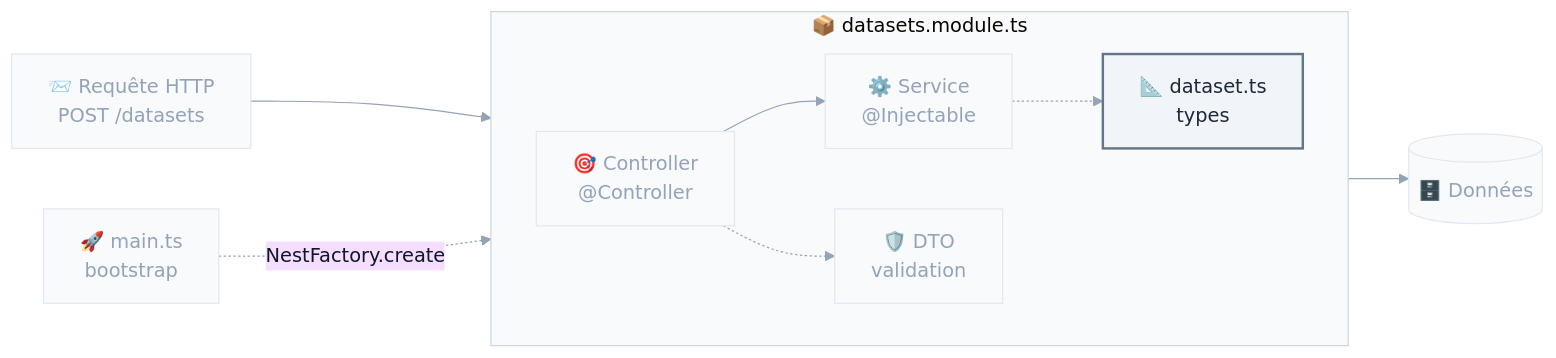
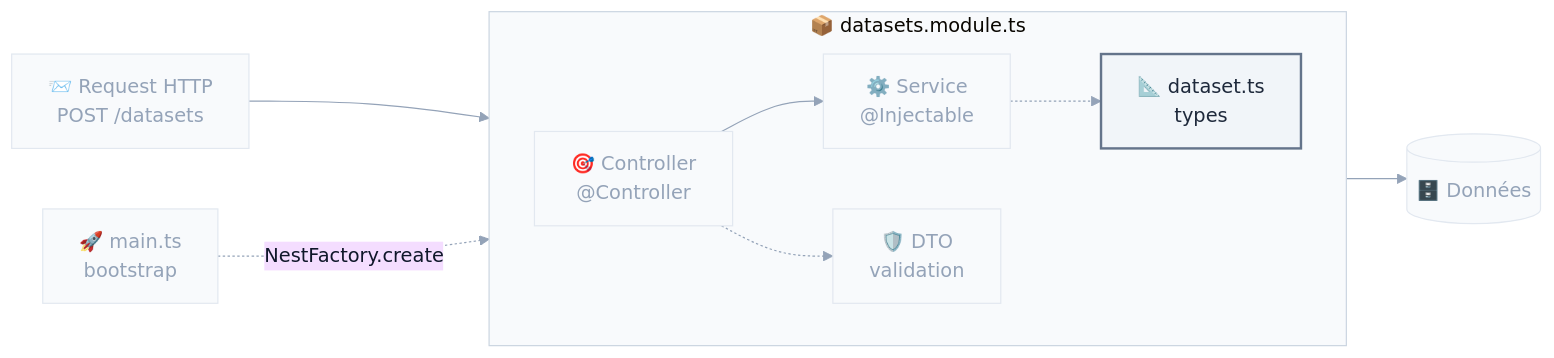
The third of 8 diagrams in slides/s02-nestjs.md (Aybe753/ismin-web-2026-tps), drawn with Mermaid before and after one commit. The commit also changed other lines of this file and 1 other file, not shown here.

````diff
--- a/slides/s02-nestjs.md
+++ b/slides/s02-nestjs.md
@@ -536,29 +536,29 @@
 ```mermaid {scale: 0.95}
 %%{init: {'theme':'base','themeVariables':{'fontFamily':'ui-sans-serif, -apple-system, Segoe UI, sans-serif','fontSize':'16px','lineColor':'#94a3b8','primaryTextColor':'#0f172a','clusterBkg':'#f8fafc','clusterBorder':'#cbd5e1'}}}%%
 flowchart LR
   MA["🚀 main.ts<br/>bootstrap"] -.->|"NestFactory.create"| M
-  R["📨 Requête HTTP<br/>POST /datasets"] --> C
+  R["📨 Request HTTP<br/>POST /datasets"] --> C
   subgraph M["📦 datasets.module.ts"]
     direction LR
     C["🎯 Controller<br/>@Controller"] --> S["⚙️ Service<br/>@Injectable"]
     C -.-> D["🛡️ DTO<br/>validation"]
     S -.-> E["📐 dataset.ts<br/>types"]
   end
   S --> DB[("🗄️ Données")]
 
   classDef boot fill:#fee2e2,stroke:#dc2626,stroke-width:3px,color:#7f1d1d
   classDef req fill:#fef3c7,stroke:#f59e0b,stroke-width:2px,color:#78350f
   classDef ctrl fill:#dbeafe,stroke:#2563eb,stroke-width:2px,color:#1e3a5f
   classDef svc fill:#ede9fe,stroke:#7c3aed,stroke-width:2px,color:#3b0764
   classDef dto fill:#ccfbf1,stroke:#0d9488,stroke-width:2px,color:#134e4a
   classDef typ fill:#f1f5f9,stroke:#64748b,stroke-width:2px,color:#1e293b
   classDef db fill:#dcfce7,stroke:#16a34a,stroke-width:2px,color:#14532d
   classDef mute fill:#f8fafc,stroke:#e2e8f0,stroke-width:1px,color:#94a3b8
   class MA mute
   class R mute
   class C mute
   class S mute
   class D mute
   class E typ
   class DB mute
 ```
````
